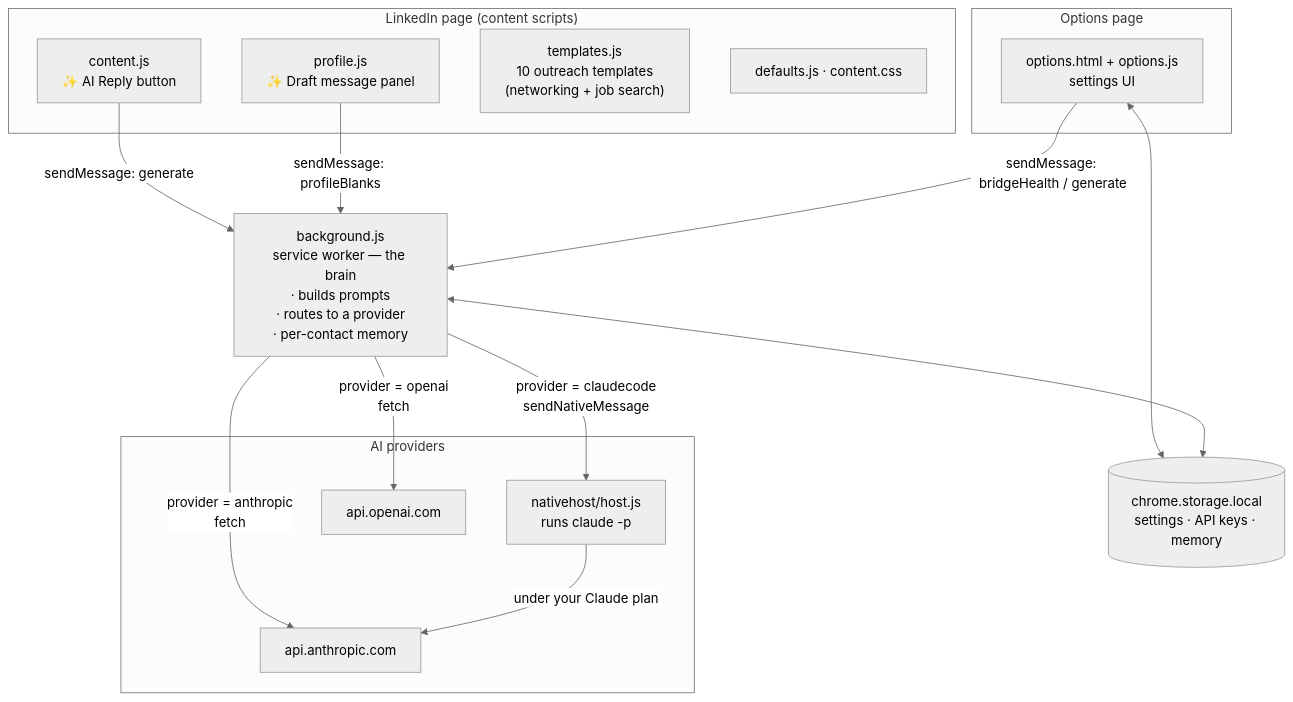
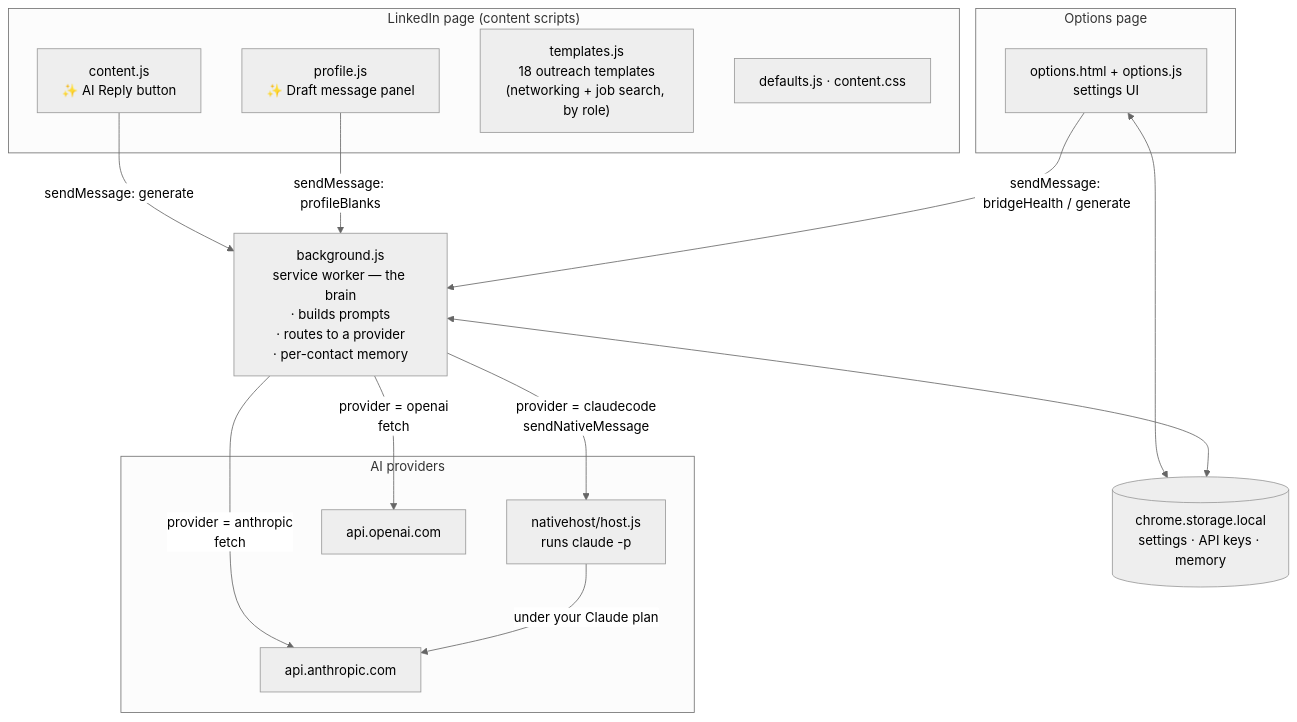
One commit to bhargavirengarajan21/linkedin-AI-reply changed the first of 3 diagrams in README.md. Above: the diagram before and after it, drawn with Mermaid (neutral theme). The commit also changed other lines of this file and 14 other files, not shown here.

````diff
--- a/README.md
+++ b/README.md
@@ -48,33 +48,33 @@
 ```mermaid
 flowchart TD
     subgraph page["LinkedIn page (content scripts)"]
         C["content.js<br/>✨ AI Reply button"]
         P["profile.js<br/>✨ Draft message panel"]
-        T["templates.js<br/>10 outreach templates<br/>(networking + job search)"]
+        T["templates.js<br/>18 outreach templates<br/>(networking + job search, by role)"]
         D1["defaults.js · content.css"]
     end
 
     subgraph opt["Options page"]
         O["options.html + options.js<br/>settings UI"]
     end
 
     BG["background.js<br/>service worker — the brain<br/>· builds prompts<br/>· routes to a provider<br/>· per-contact memory"]
 
     ST[("chrome.storage.local<br/>settings · API keys · memory")]
 
     subgraph providers["AI providers"]
         NH["nativehost/host.js<br/>runs claude -p"]
         AN["api.anthropic.com"]
         OA["api.openai.com"]
     end
 
     C -- "sendMessage: generate" --> BG
     P -- "sendMessage: profileBlanks" --> BG
     O -- "sendMessage: bridgeHealth / generate" --> BG
     O <--> ST
     BG <--> ST
     BG -- "provider = claudecode<br/>sendNativeMessage" --> NH
     BG -- "provider = anthropic<br/>fetch" --> AN
     BG -- "provider = openai<br/>fetch" --> OA
     NH -- "under your Claude plan" --> AN
 ```
````
